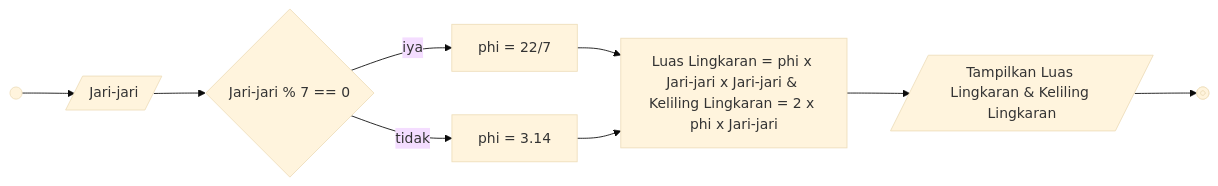
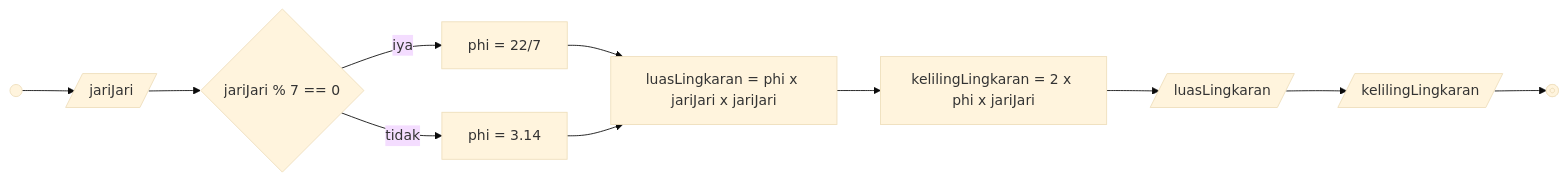
Before and after one commit to rizqyazhar/koda-b10-algoritma: the second of 2 diagrams in README.md, drawn with Mermaid (base theme). The commit also changed other lines of this file, not shown here.

````diff
--- a/README.md
+++ b/README.md
@@ -57,17 +61,18 @@
 ```mermaid
 flowchart LR
   A@{shape: start, label: "Start"}
   B@{shape: stop, label: "End"}
-  C@{shape: diam, label: "Jari-jari % 7 == 0"}
-  D@{shape: lean-r, label: "Jari-jari"}
-  E@{shape: lean-r, label: "Tampilkan Luas Lingkaran & Keliling Lingkaran"}
-  F@{shape: rect, label: "Luas Lingkaran = phi x Jari-jari x Jari-jari & Keliling Lingkaran = 2 x phi x Jari-jari"}
-  G@{shape: rect, label: "phi = 22/7"}
-  H@{shape: rect, label: "phi = 3.14"}
+  C@{shape: diam, label: "jariJari % 7 == 0"}
+  D@{shape: lean-r, label: "jariJari"}
+  E@{shape: lean-r, label: "luasLingkaran"}
+  J@{shape: lean-r, label: "kelilingLingkaran"}
+  F@{shape: rect, label: "luasLingkaran = phi x jariJari x jariJari"}
+  G@{shape: rect, label: "kelilingLingkaran = 2 x phi x jariJari"}
+  H@{shape: rect, label: "phi = 22/7"}
+  I@{shape: rect, label: "phi = 3.14"}
 
-  A --> D --> C --iya--> G
-  C --tidak--> H
-  G & H --> F --> E
-  E --> B
+  A --> D --> C --iya--> H 
+  C --tidak--> I
+  H & I --> F --> G --> E --> J --> B
 
 ```
````
